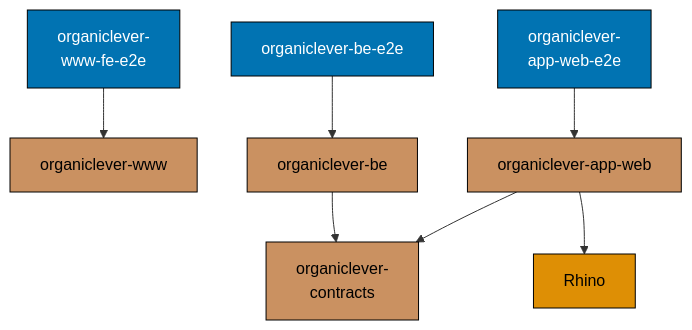
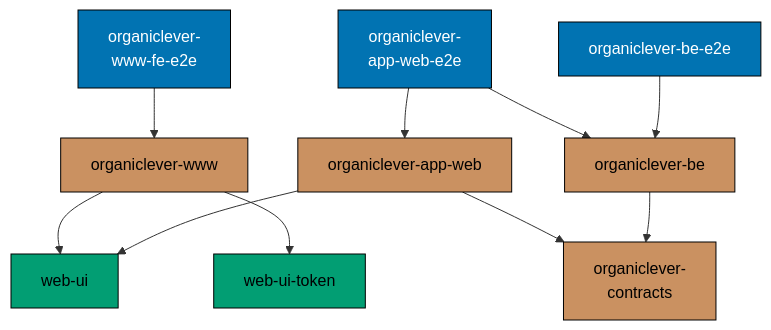
One commit to wahidyankf/ose-public changed the second of 3 diagrams in docs/reference/project-dependency-graph.md. Above: the diagram before and after it, drawn with Mermaid. The commit also changed other lines of this file and 31 other files, not shown here.

````diff
--- a/docs/reference/project-dependency-graph.md
+++ b/docs/reference/project-dependency-graph.md
@@ -78,34 +78,38 @@
 ```mermaid
 graph TD
   accTitle: Visual Dependency Graph 2
-  accDescr: organiclever-www-fe-e2e leads to organiclever-www; organiclever-app-web-e2e leads to organiclever-app-web; organiclever-be-e2e leads to organiclever-be; organiclever-app-web leads to organiclever-contracts; organiclever-app-web leads to Rhino; organiclever-be leads to organiclever-contracts.
+  accDescr: organiclever-www-fe-e2e leads to organiclever-www; organiclever-app-web-e2e leads to organiclever-app-web and organiclever-be; organiclever-be-e2e leads to organiclever-be; organiclever-www leads to web-ui and web-ui-token; organiclever-app-web leads to organiclever-contracts and web-ui; organiclever-be leads to organiclever-contracts.
   %% E2E tests (top level)
   OLWWWFEE2E[organiclever-<br/>www-fe-e2e]
   OLAPPE2E[organiclever-<br/>app-web-e2e]
   OLBE2E[organiclever-be-e2e]
 
   %% Apps
   OLWWW[organiclever-www]
   OLAPP[organiclever-app-web]
   OLB[organiclever-be]
 
   %% Shared
   OLC[organiclever-<br/>contracts]
-  RC[Rhino]
+  WU[web-ui]
+  WUT[web-ui-token]
 
   %% Edges
   OLWWWFEE2E --> OLWWW
   OLAPPE2E --> OLAPP
+  OLAPPE2E --> OLB
   OLBE2E --> OLB
+  OLWWW --> WU
+  OLWWW --> WUT
   OLAPP --> OLC
-  OLAPP --> RC
+  OLAPP --> WU
   OLB --> OLC
 
-  classDef cli fill:#DE8F05,stroke:#000000,color:#000000
+  classDef lib fill:#029E73,stroke:#000000,color:#000000
   classDef product fill:#CA9161,stroke:#000000,color:#000000
   classDef e2e fill:#0173B2,stroke:#000000,color:#FFFFFF
 
-  class RC cli
+  class WU,WUT lib
   class OLWWW,OLAPP,OLB,OLC product
   class OLWWWFEE2E,OLAPPE2E,OLBE2E e2e
 ```
````
